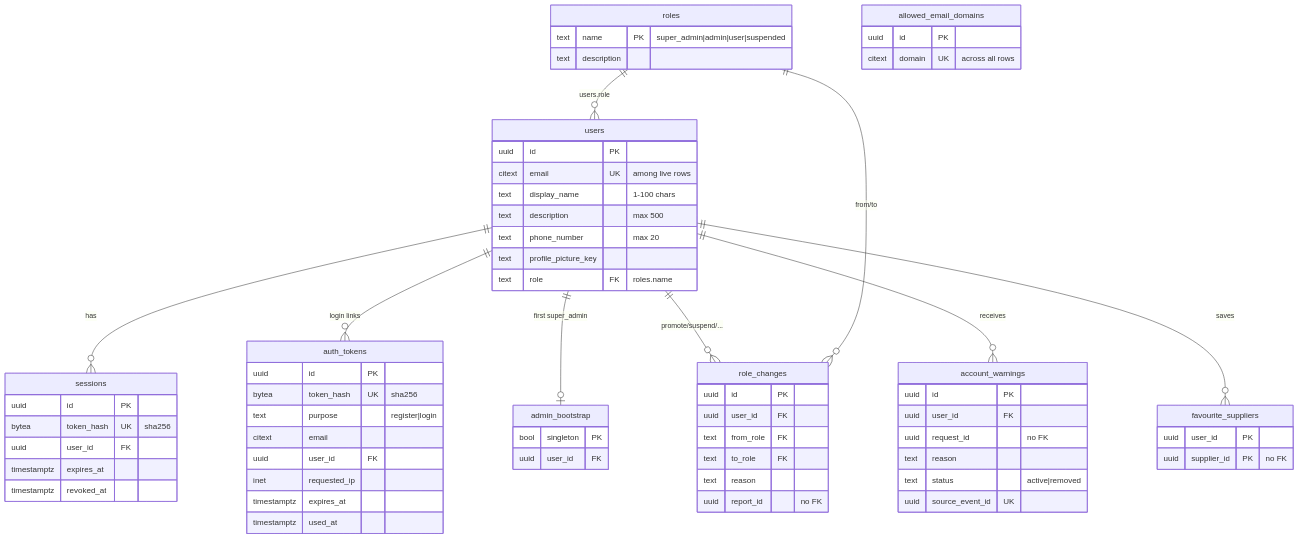
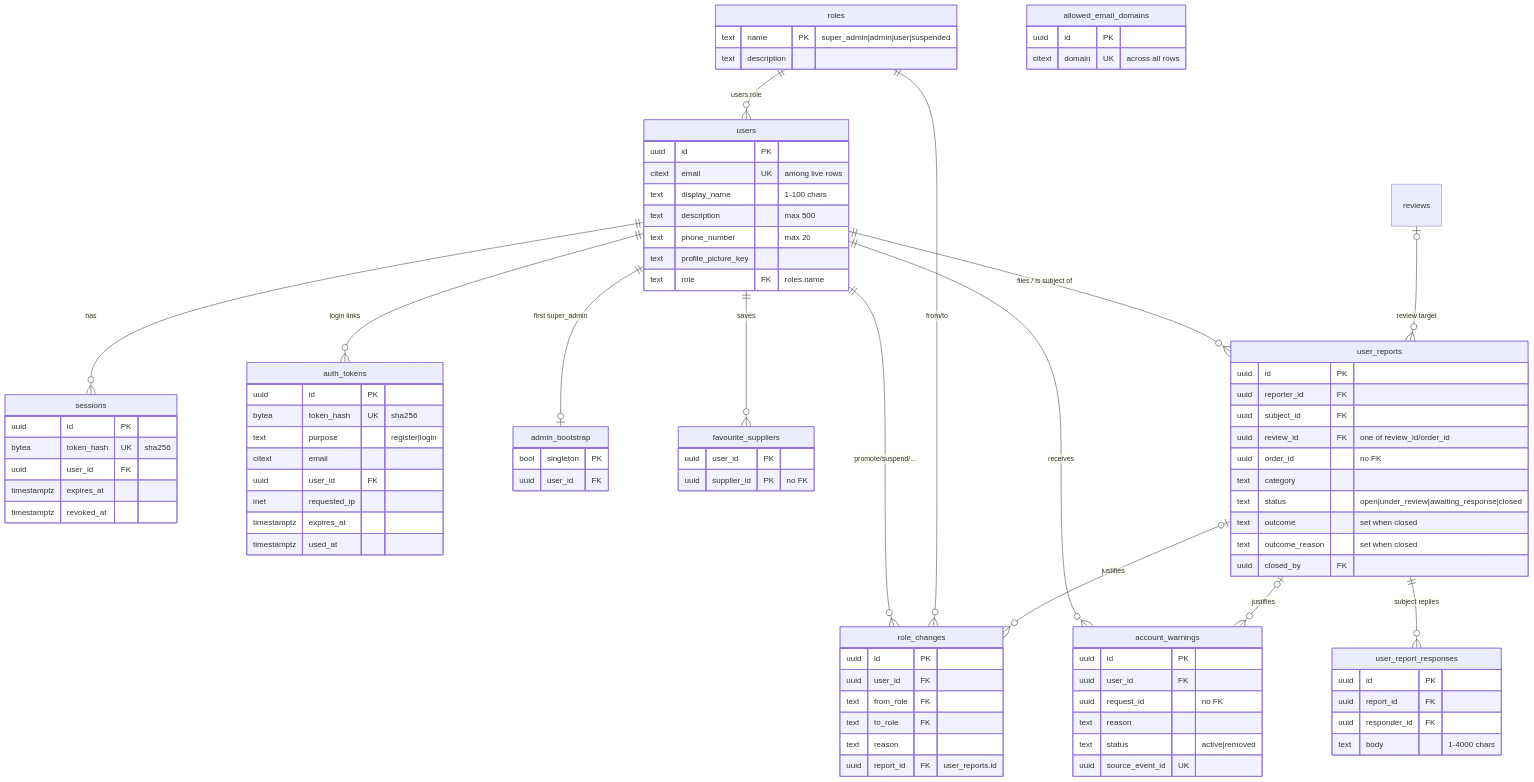
Before and after one commit to AY2627S1-CS3219-P1/FoC: the diagram in user-service/docs/schema.md, drawn with Mermaid. The commit also changed other lines of this file, not shown here.

Commit message:
docs(user): document user report tables

````diff
--- a/user-service/docs/schema.md
+++ b/user-service/docs/schema.md
@@ -17,6 +17,11 @@
     roles ||--o{ role_changes : "from/to"
     users ||--o{ account_warnings : receives
     users ||--o{ favourite_suppliers : saves
+    users ||--o{ user_reports : "files / is subject of"
+    reviews |o--o{ user_reports : "review target"
+    user_reports |o--o{ role_changes : "justifies"
+    user_reports |o--o{ account_warnings : "justifies"
+    user_reports ||--o{ user_report_responses : "subject replies"
 
     users {
         uuid id PK
@@ -62,7 +67,7 @@
         text from_role FK
         text to_role FK
         text reason
-        uuid report_id "no FK"
+        uuid report_id FK "user_reports.id"
     }
     account_warnings {
         uuid id PK
@@ -76,4 +81,22 @@
         uuid user_id PK
         uuid supplier_id PK "no FK"
     }
+    user_reports {
+        uuid id PK
+        uuid reporter_id FK
+        uuid subject_id FK
+        uuid review_id FK "one of review_id/order_id"
+        uuid order_id "no FK"
+        text category
+        text status "open|under_review|awaiting_response|closed"
+        text outcome "set when closed"
+        text outcome_reason "set when closed"
+        uuid closed_by FK
+    }
+    user_report_responses {
+        uuid id PK
+        uuid report_id FK
+        uuid responder_id FK
+        text body "1-4000 chars"
+    }
 ```
````
